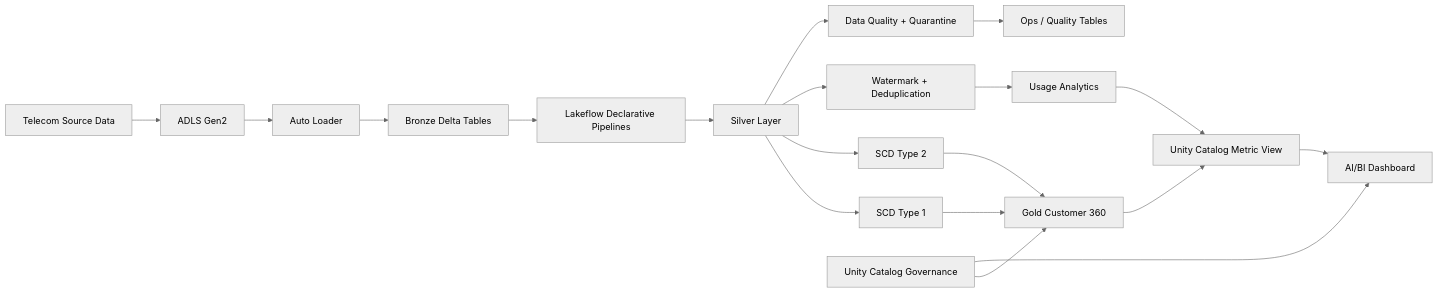
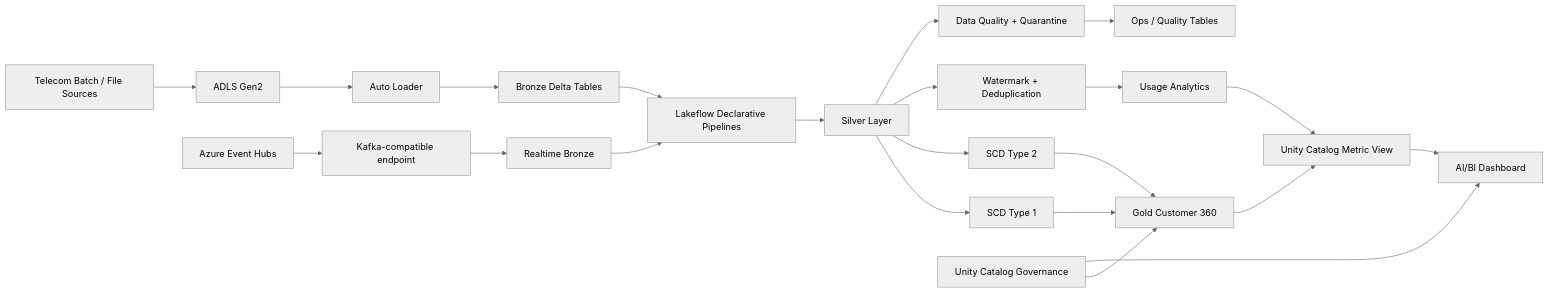
The diagram in README.md (Vishnu567456/azure-telecom-customer360), drawn with Mermaid (neutral theme) before and after one commit. The commit also changed other lines of this file, not shown here.

Commit message:
Mark Azure Event Hubs realtime path as verified

````diff
--- a/README.md
+++ b/README.md
@@ -11,21 +11,26 @@
 ```mermaid
 flowchart LR
-    A[Telecom Source Data] --> B[ADLS Gen2]
+    A[Telecom Batch / File Sources] --> B[ADLS Gen2]
     B --> C[Auto Loader]
     C --> D[Bronze Delta Tables]
+
+    EH[Azure Event Hubs] --> EK[Kafka-compatible endpoint]
+    EK --> ER[Realtime Bronze]
+
     D --> E[Lakeflow Declarative Pipelines]
+    ER --> E
     E --> F[Silver Layer]
     F --> G[SCD Type 1]
     F --> H[SCD Type 2]
     F --> I[Watermark + Deduplication]
     F --> J[Data Quality + Quarantine]
     G --> K[Gold Customer 360]
     H --> K
     I --> L[Usage Analytics]
     J --> M[Ops / Quality Tables]
     K --> N[Unity Catalog Metric View]
     L --> N
     N --> O[AI/BI Dashboard]
     P[Unity Catalog Governance] --> K
     P --> O
 ```
````
